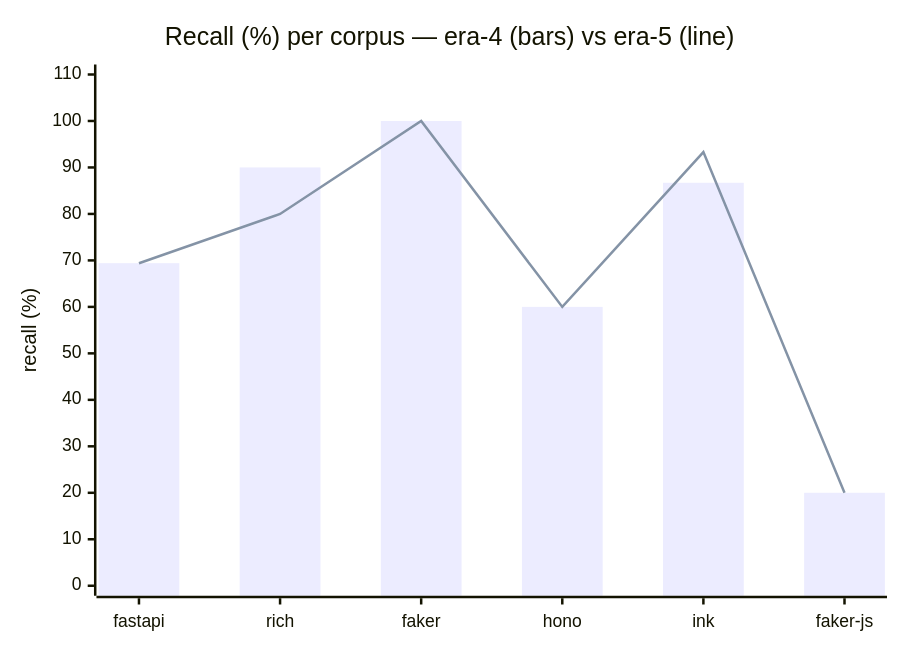
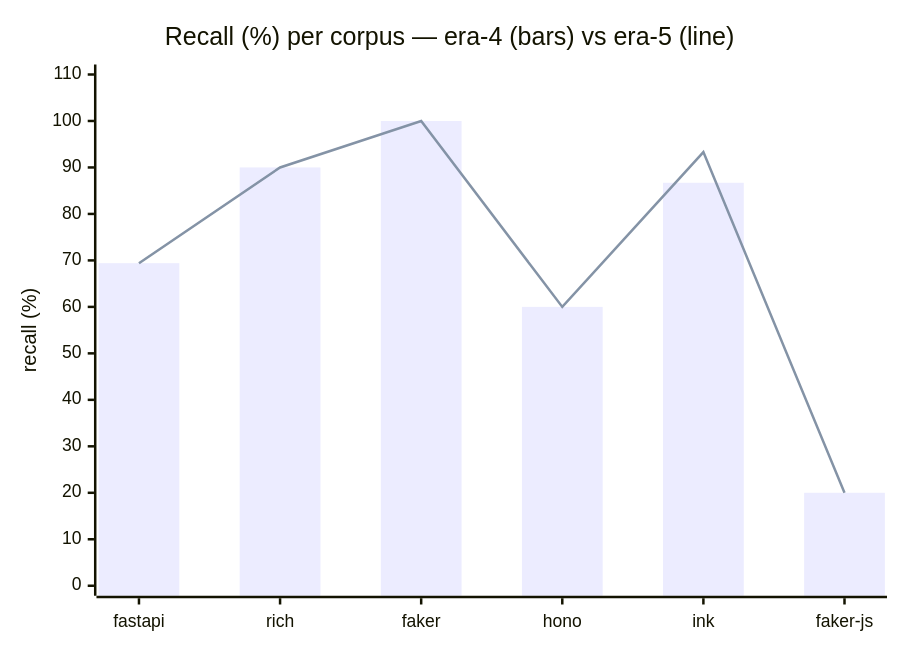
Before and after one commit to get-tmonier/argot: the fourth of 4 diagrams in docs/research/README.md, drawn with Mermaid. The commit also changed other lines of this file and 4 other files, not shown here.

````diff
--- a/docs/research/README.md
+++ b/docs/research/README.md
@@ -99,8 +100,8 @@
 ```mermaid
 xychart-beta
     title "Recall (%) per corpus — era-4 (bars) vs era-5 (line)"
     x-axis ["fastapi", "rich", "faker", "hono", "ink", "faker-js"]
     y-axis "recall (%)" 0 --> 110
     bar [69.4, 90.0, 100, 60, 86.7, 20.0]
-    line [69.4, 80.0, 100, 60, 93.3, 20.0]
+    line [69.4, 90.0, 100, 60, 93.3, 20.0]
 ```
````
